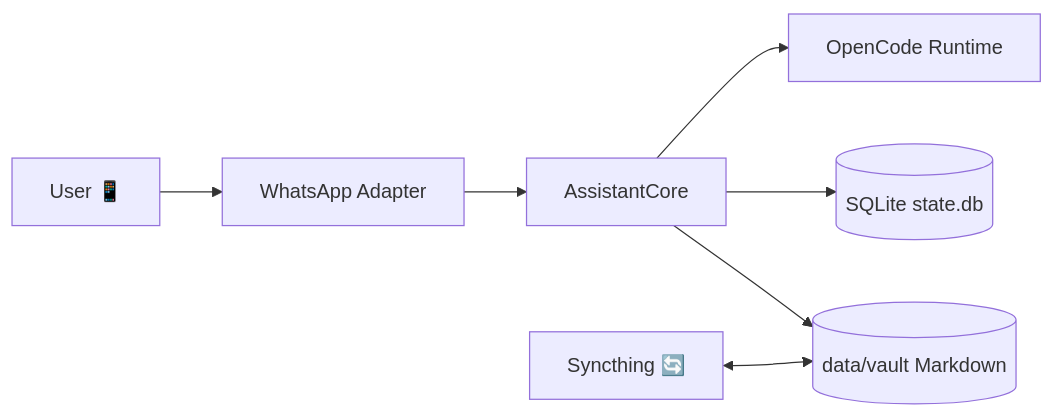
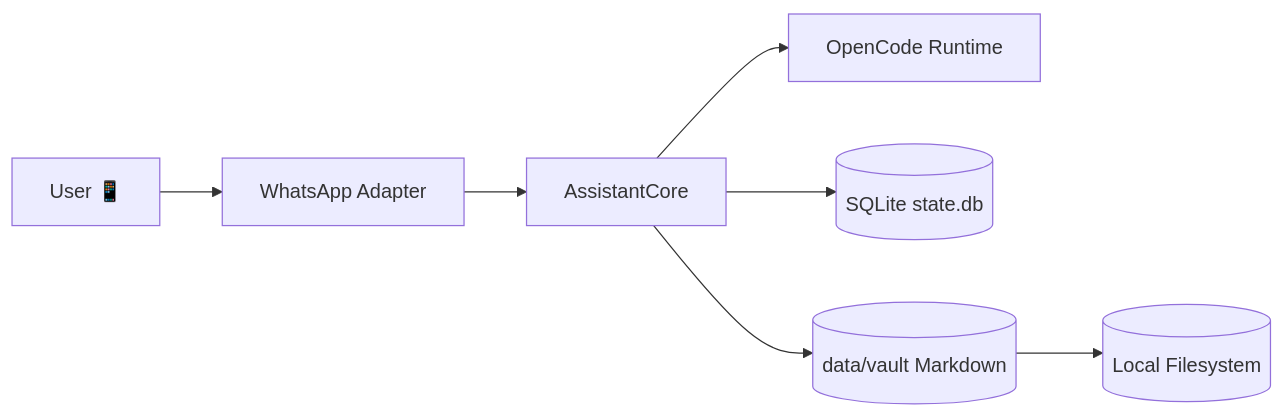
One commit to alexradunet/pocketbrain changed the diagram in README.md. Above: the diagram before and after it, drawn with Mermaid. The commit also changed other lines of this file and 25 other files, not shown here.

````diff
--- a/README.md
+++ b/README.md
@@ -45,9 +43,9 @@
 ```mermaid
 flowchart LR
   User[User 📱] --> WA[WhatsApp Adapter]
   WA --> Core[AssistantCore]
   Core --> OpenCode[OpenCode Runtime]
   Core --> DB[(SQLite state.db)]
   Core --> Vault[(data/vault Markdown)]
-  Syncthing[Syncthing 🔄] <--> Vault
+  Vault --> Filesystem[(Local Filesystem)]
 ```
````
